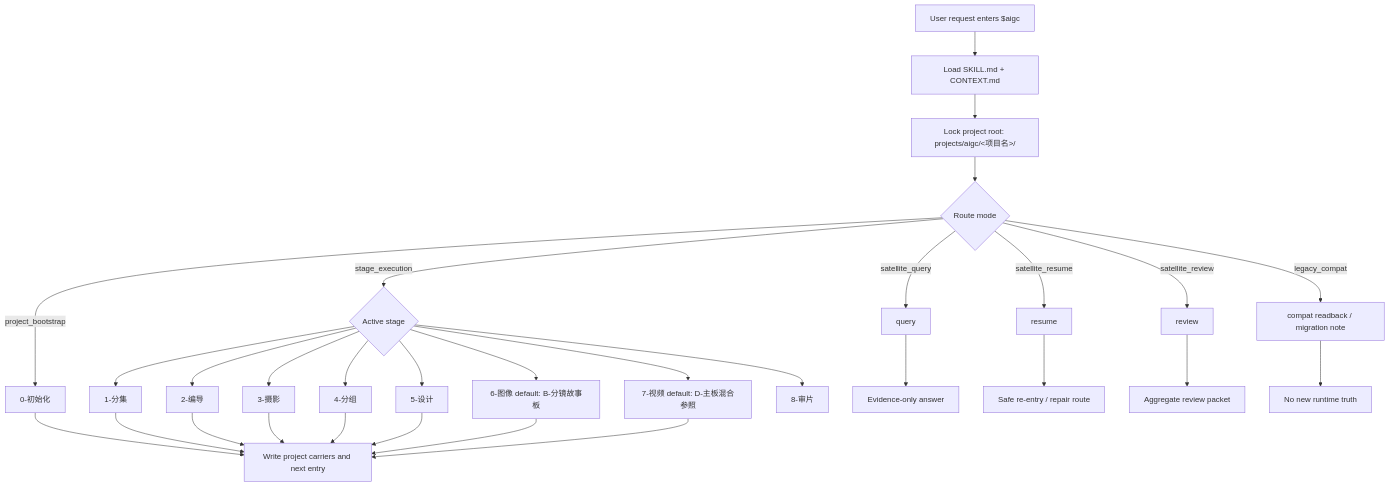
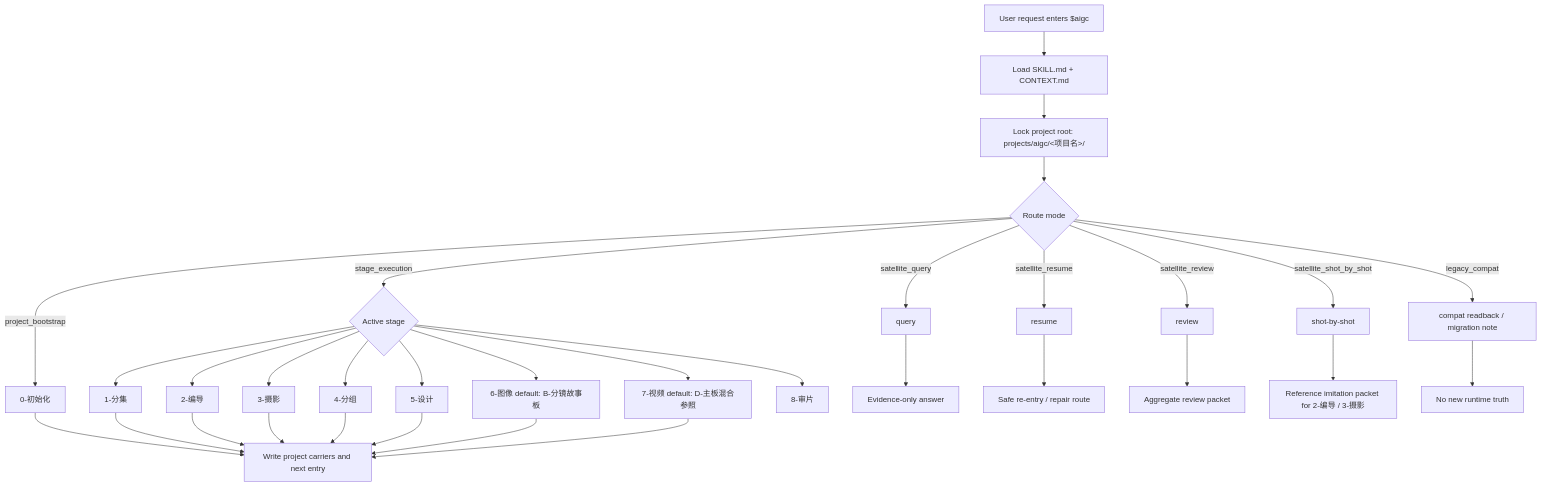
The diagram in .agents/skills/aigc/SKILL.md (ZEN-VOID/AI-CUT), drawn with Mermaid before and after one commit. The commit also changed other lines of this file and 37 other files, not shown here.

````diff
--- a/.agents/skills/aigc/SKILL.md
+++ b/.agents/skills/aigc/SKILL.md
@@ -57,32 +78,34 @@
 ```mermaid
 flowchart TD
     A["User request enters $aigc"] --> B["Load SKILL.md + CONTEXT.md"]
     B --> C["Lock project root: projects/aigc/<项目名>/"]
     C --> D{"Route mode"}
     D -->|"project_bootstrap"| E["0-初始化"]
     D -->|"stage_execution"| F{"Active stage"}
     D -->|"satellite_query"| G["query"]
     D -->|"satellite_resume"| H["resume"]
     D -->|"satellite_review"| I["review"]
+    D -->|"satellite_shot_by_shot"| S["shot-by-shot"]
     D -->|"legacy_compat"| J["compat readback / migration note"]
     F --> F1["1-分集"]
     F --> F2["2-编导"]
     F --> F3["3-摄影"]
     F --> F4["4-分组"]
     F --> F5["5-设计"]
     F --> F6["6-图像 default: B-分镜故事板"]
     F --> F7["7-视频 default: D-主板混合参照"]
     F --> F8["8-审片"]
     E --> K["Write project carriers and next entry"]
     F1 --> K
     F2 --> K
     F3 --> K
     F4 --> K
     F5 --> K
     F6 --> K
     F7 --> K
     G --> L["Evidence-only answer"]
     H --> M["Safe re-entry / repair route"]
     I --> N["Aggregate review packet"]
+    S --> P["Reference imitation packet for 2-编导 / 3-摄影"]
     J --> O["No new runtime truth"]
 ```
````
